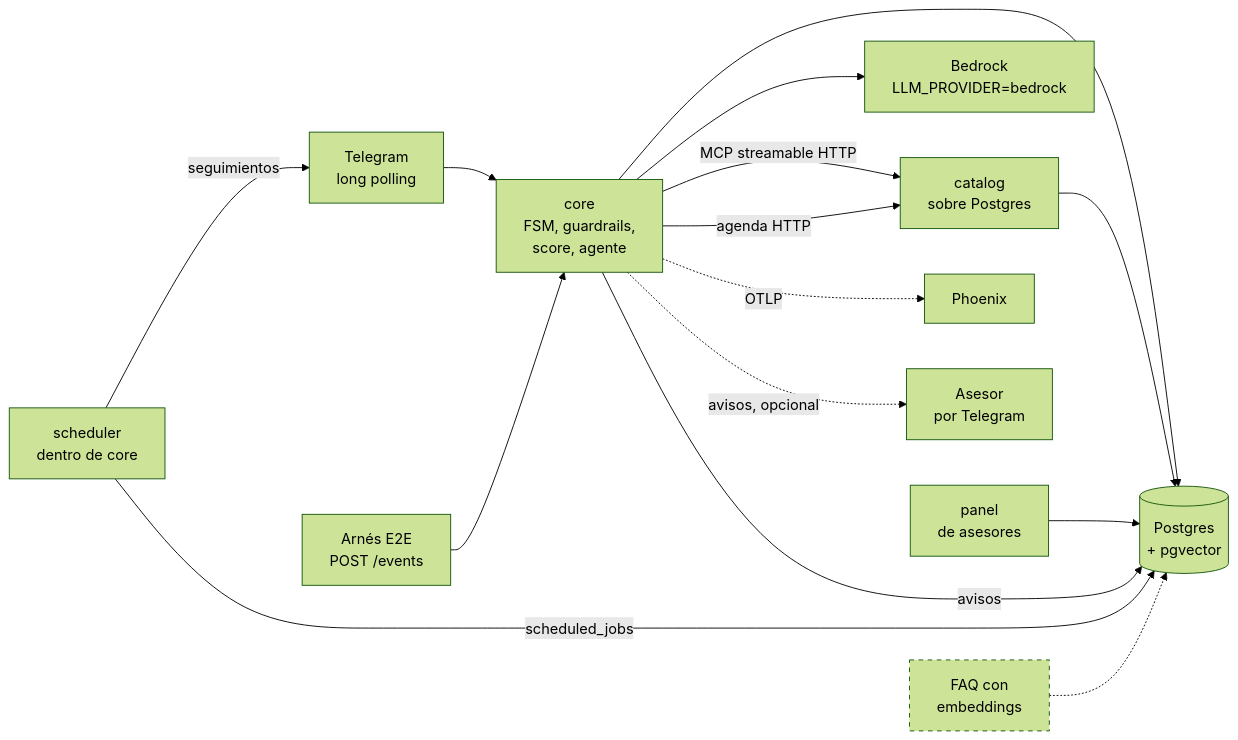
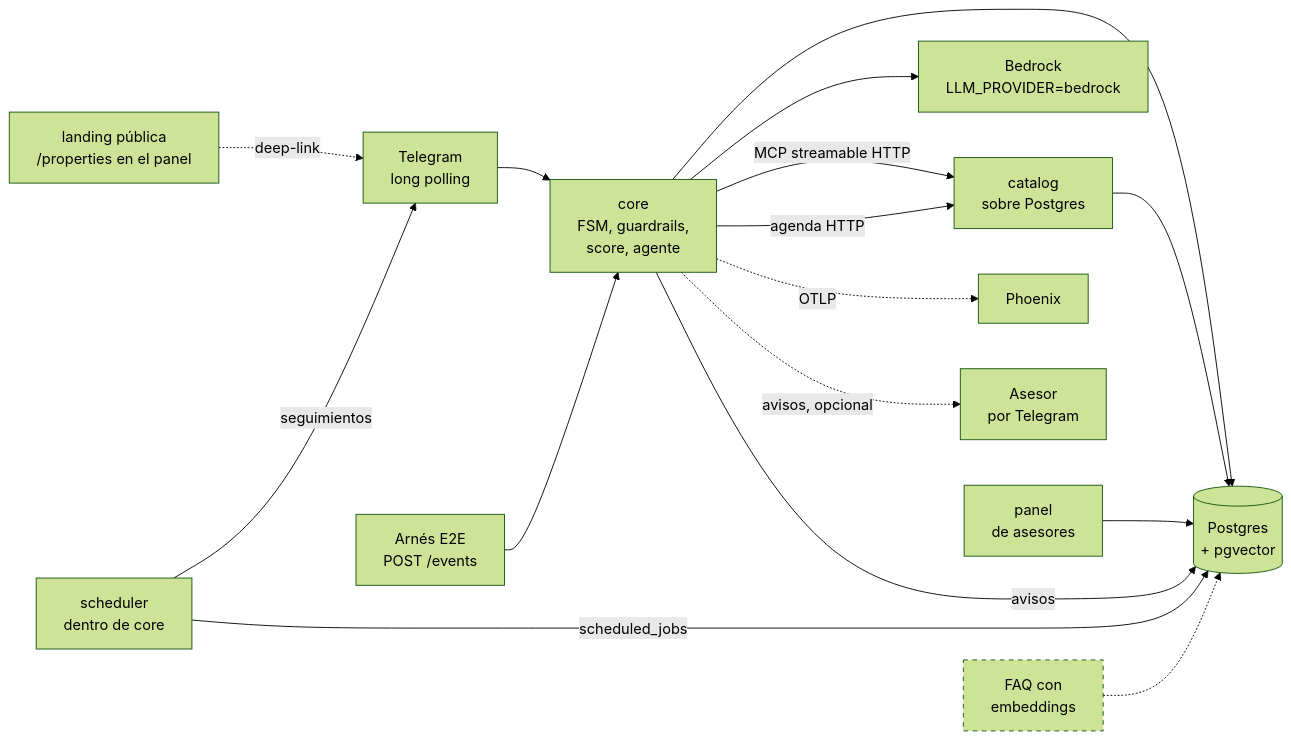
The second of 2 diagrams in docs/DESIGN/design.md (softserve-leads-inmobiliaria/SoftServe-Agente-Lead-Inmobiliaro), drawn with Mermaid (forest theme) before and after one commit. The commit also changed other lines of this file and 9 other files, not shown here.

````diff
--- a/docs/DESIGN/design.md
+++ b/docs/DESIGN/design.md
@@ -140,18 +140,19 @@
 ```mermaid
 flowchart LR
     TG[Telegram<br/>long polling] --> CORE
     H[Arnés E2E<br/>POST /events] --> CORE
     CORE[core<br/>FSM, guardrails,<br/>score, agente] -- MCP streamable HTTP --> CAT[catalog<br/>sobre Postgres]
     CORE --> BR[Bedrock<br/>LLM_PROVIDER=bedrock]
     CORE --> PG[(Postgres<br/>+ pgvector)]
     CAT --> PG
     PANEL[panel<br/>de asesores] --> PG
+    LAND[landing pública<br/>/properties en el panel] -. deep-link .-> TG
     CORE -. OTLP .-> PHX[Phoenix]
     CORE -- avisos --> PG
     CORE -. avisos, opcional .-> ADV[Asesor<br/>por Telegram]
     CORE -- agenda HTTP --> CAT
     SCHED[scheduler<br/>dentro de core] -- scheduled_jobs --> PG
     SCHED -- seguimientos --> TG
     FAQ[FAQ con<br/>embeddings]:::nobuilt -.-> PG
     classDef nobuilt stroke-dasharray: 5 5
 ```
````
